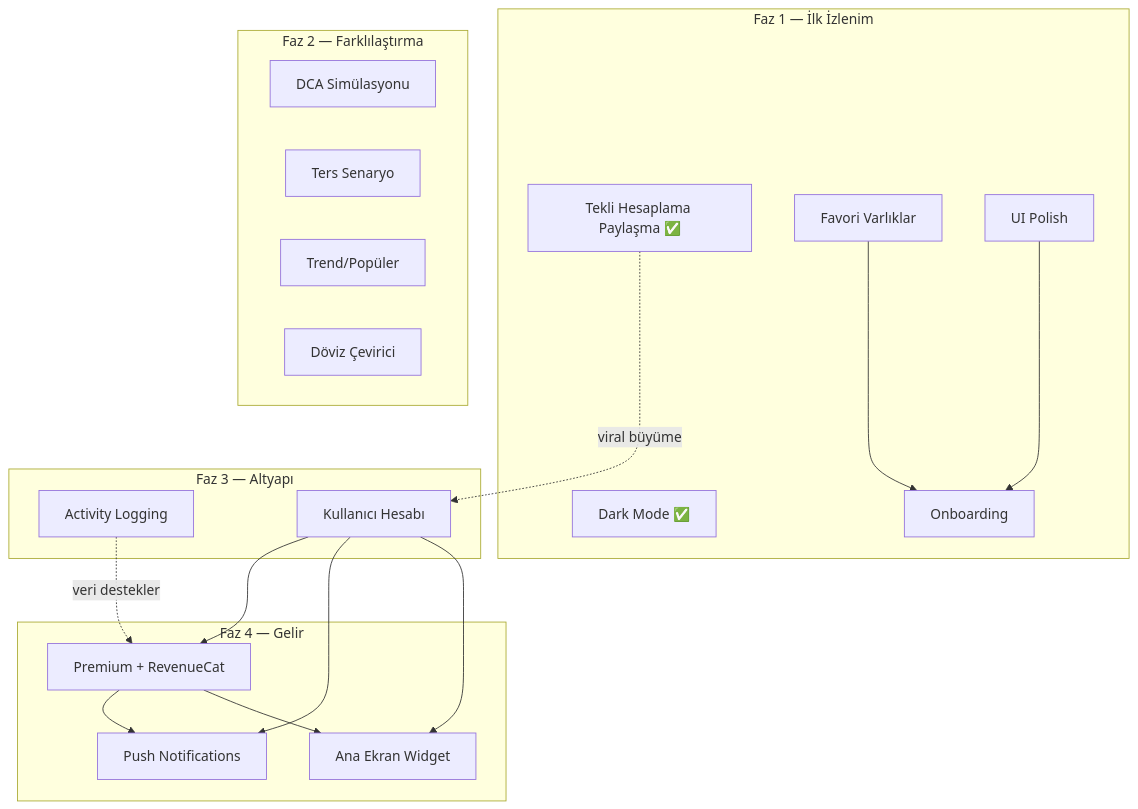
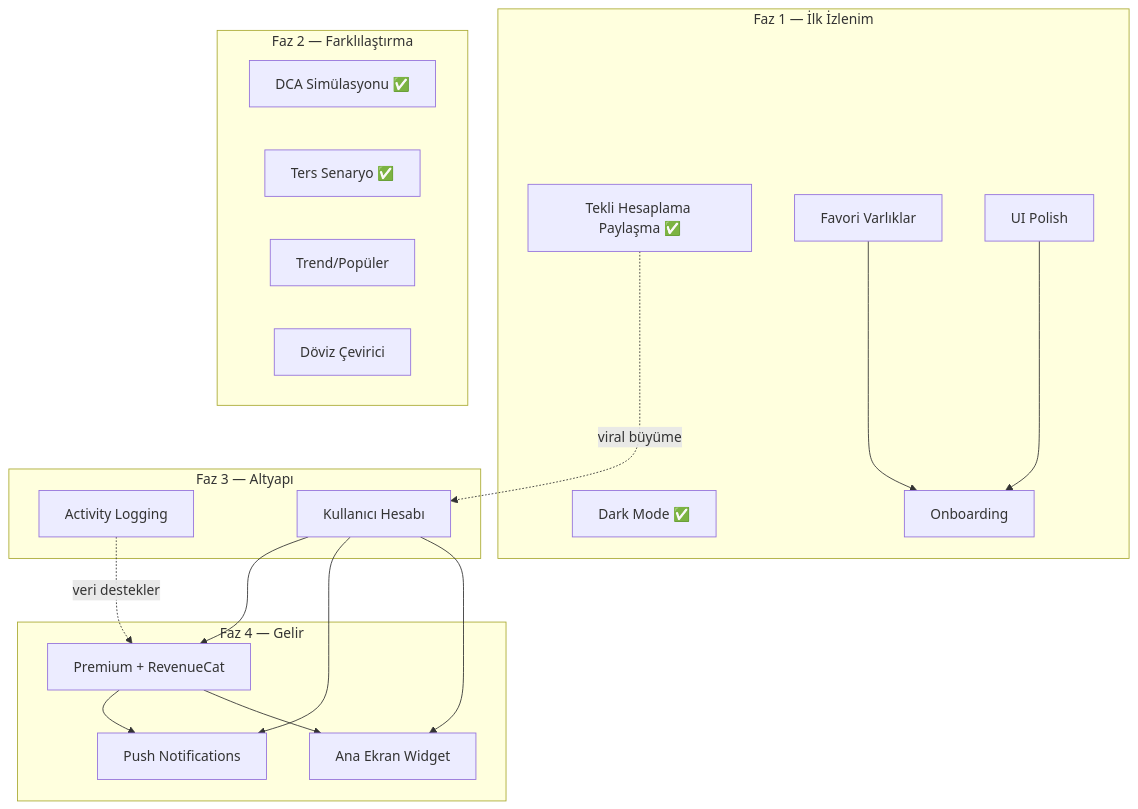
Before and after one commit to cemililik/Saydin: the second of 2 diagrams in docs/roadmap.md, drawn with Mermaid. The commit also changed other lines of this file and 1 other file, not shown here.

First line of the commit message:
docs: ters senaryo (reverse) tamamlandı, roadmap ve API sözleşmesi güncellendi

````diff
--- a/docs/roadmap.md
+++ b/docs/roadmap.md
@@ -388,38 +399,38 @@
 ```mermaid
 flowchart TD
     subgraph F1["Faz 1 — İlk İzlenim"]
         dark["Dark Mode ✅"]
         whatif_share["Tekli Hesaplama Paylaşma ✅"]
         favorites[Favori Varlıklar]
         polish[UI Polish]
         onboarding[Onboarding]
     end
 
     subgraph F2["Faz 2 — Farklılaştırma"]
-        dca[DCA Simülasyonu]
-        reverse[Ters Senaryo]
+        dca[DCA Simülasyonu ✅]
+        reverse[Ters Senaryo ✅]
         trends[Trend/Popüler]
         converter[Döviz Çevirici]
     end
 
     subgraph F3["Faz 3 — Altyapı"]
         logging[Activity Logging]
         auth[Kullanıcı Hesabı]
     end
 
     subgraph F4["Faz 4 — Gelir"]
         premium[Premium + RevenueCat]
         push[Push Notifications]
         widget[Ana Ekran Widget]
     end
 
     favorites --> onboarding
     polish --> onboarding
     auth --> premium
     auth --> push
     auth --> widget
     premium --> push
     premium --> widget
     logging -.->|"veri destekler"| premium
     whatif_share -.->|"viral büyüme"| auth
 ```
````
